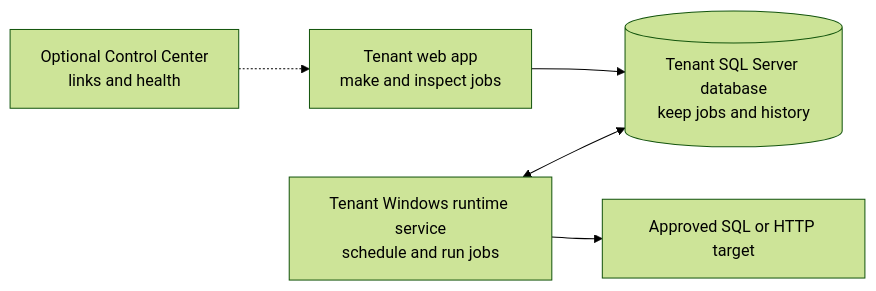
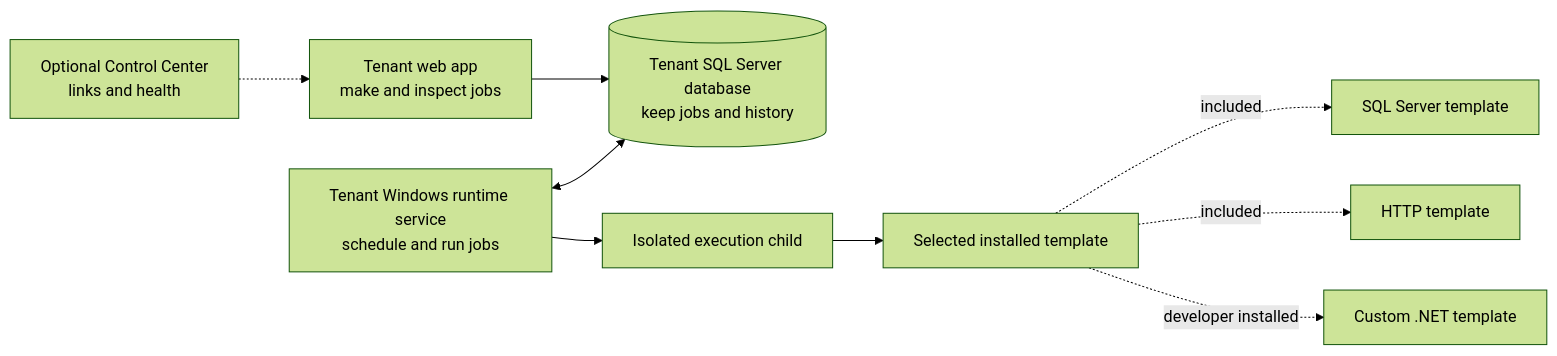
The diagram in docs/index.md (brunofreitasv/WorkerDock), drawn with Mermaid (forest theme) before and after one commit. The commit also changed other lines of this file and 5 other files, not shown here.

````diff
--- a/docs/index.md
+++ b/docs/index.md
@@ -14,7 +15,11 @@
 ```mermaid
 flowchart LR
     UI["Tenant web app<br/>make and inspect jobs"] --> DB[("Tenant SQL Server database<br/>keep jobs and history")]
     Runtime["Tenant Windows runtime service<br/>schedule and run jobs"] <--> DB
-    Runtime --> Target["Approved SQL or HTTP target"]
+    Runtime --> Child["Isolated execution child"]
+    Child --> Template["Selected installed template"]
+    Template -. "included" .-> Sql["SQL Server template"]
+    Template -. "included" .-> Http["HTTP template"]
+    Template -. "developer installed" .-> Custom["Custom .NET template"]
     Center["Optional Control Center<br/>links and health"] -.-> UI
 ```
````
